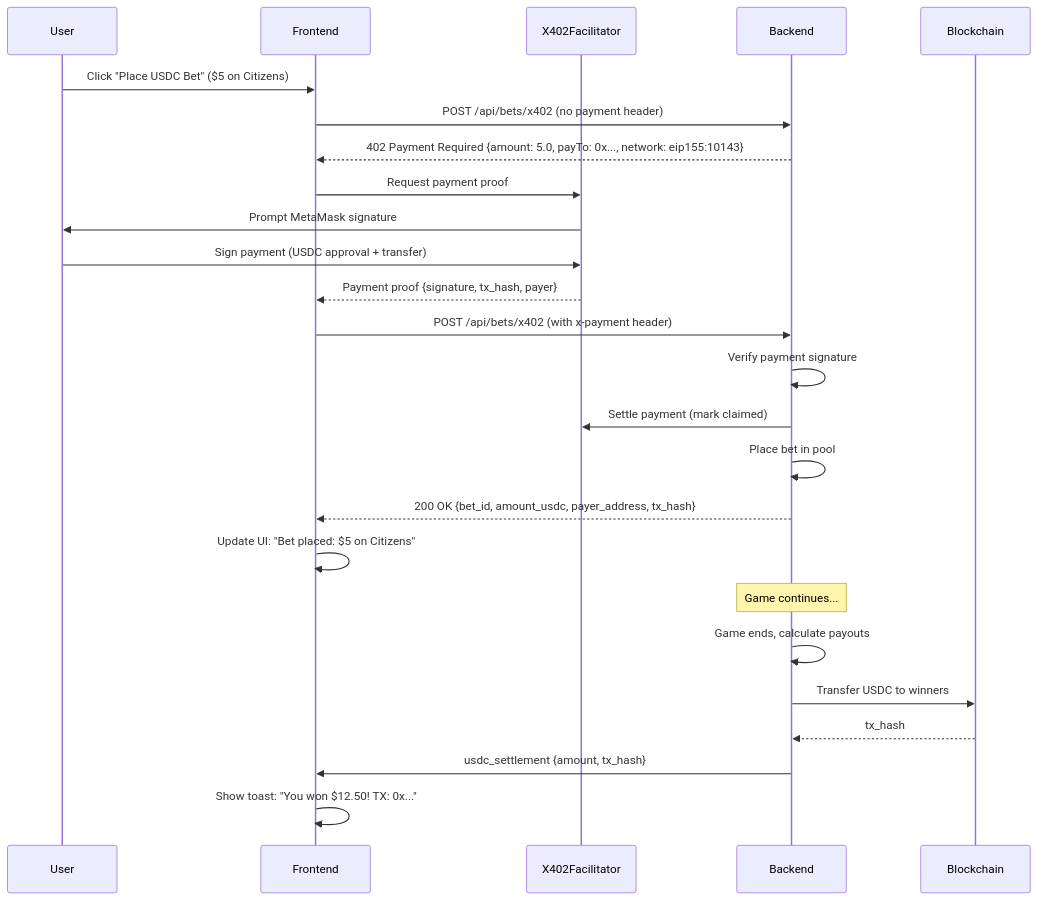
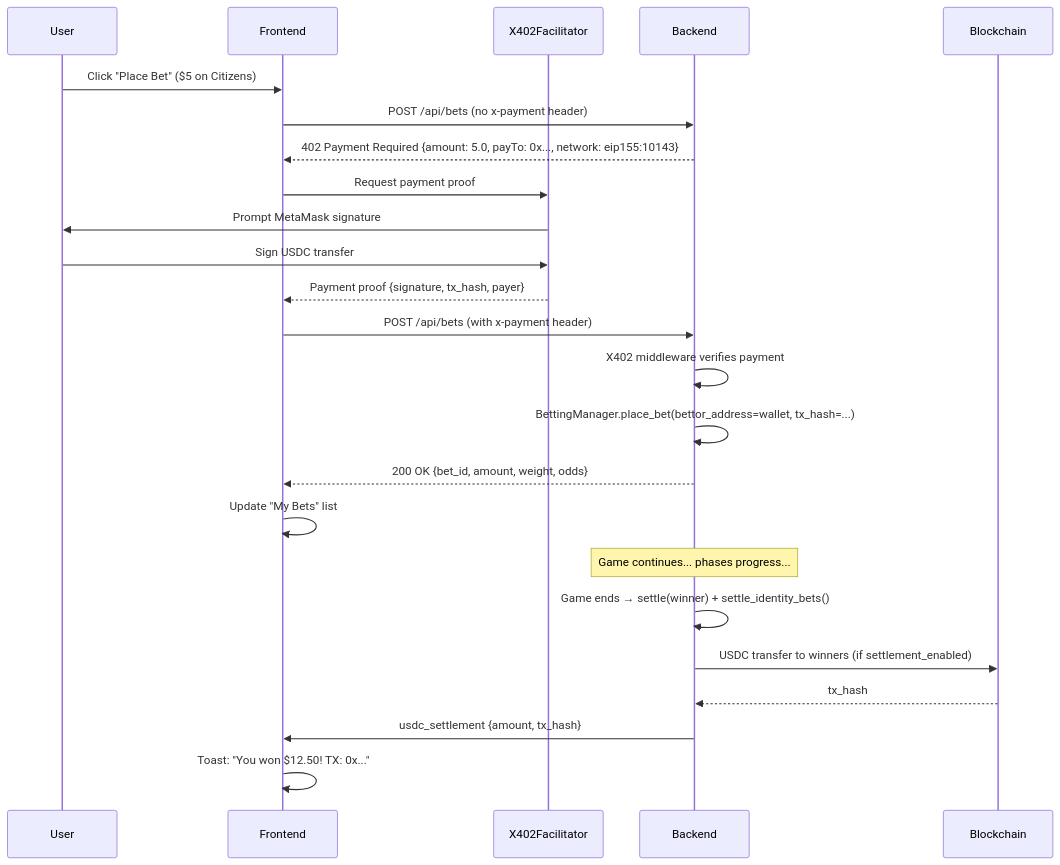
The third of 7 diagrams in docs/USERFLOW.md (0xarkstar/mafi-AI), drawn with Mermaid before and after one commit. The commit also changed other lines of this file and 1 other file, not shown here.

First line of the commit message:
docs: rewrite USERFLOW with actor-based architecture and corrected betting model

````diff
--- a/docs/USERFLOW.md
+++ b/docs/USERFLOW.md
@@ -447,33 +263,32 @@
 ```mermaid
 sequenceDiagram
     participant User
     participant Frontend
     participant X402Facilitator
     participant Backend
     participant Blockchain
 
-    User->>Frontend: Click "Place USDC Bet" ($5 on Citizens)
-    Frontend->>Backend: POST /api/bets/x402 (no payment header)
+    User->>Frontend: Click "Place Bet" ($5 on Citizens)
+    Frontend->>Backend: POST /api/bets (no x-payment header)
     Backend-->>Frontend: 402 Payment Required {amount: 5.0, payTo: 0x..., network: eip155:10143}
 
     Frontend->>X402Facilitator: Request payment proof
     X402Facilitator->>User: Prompt MetaMask signature
-    User->>X402Facilitator: Sign payment (USDC approval + transfer)
+    User->>X402Facilitator: Sign USDC transfer
     X402Facilitator-->>Frontend: Payment proof {signature, tx_hash, payer}
 
-    Frontend->>Backend: POST /api/bets/x402 (with x-payment header)
-    Backend->>Backend: Verify payment signature
-    Backend->>X402Facilitator: Settle payment (mark claimed)
-    Backend->>Backend: Place bet in pool
-    Backend-->>Frontend: 200 OK {bet_id, amount_usdc, payer_address, tx_hash}
+    Frontend->>Backend: POST /api/bets (with x-payment header)
+    Backend->>Backend: X402 middleware verifies payment
+    Backend->>Backend: BettingManager.place_bet(bettor_address=wallet, tx_hash=...)
+    Backend-->>Frontend: 200 OK {bet_id, amount, weight, odds}
 
-    Frontend->>Frontend: Update UI: "Bet placed: $5 on Citizens"
+    Frontend->>Frontend: Update "My Bets" list
 
-    Note over Backend: Game continues...
+    Note over Backend: Game continues... phases progress...
 
-    Backend->>Backend: Game ends, calculate payouts
-    Backend->>Blockchain: Transfer USDC to winners
+    Backend->>Backend: Game ends → settle(winner) + settle_identity_bets()
+    Backend->>Blockchain: USDC transfer to winners (if settlement_enabled)
     Blockchain-->>Backend: tx_hash
     Backend->>Frontend: usdc_settlement {amount, tx_hash}
-    Frontend->>Frontend: Show toast: "You won $12.50! TX: 0x..."
+    Frontend->>Frontend: Toast: "You won $12.50! TX: 0x..."
 ```
````
